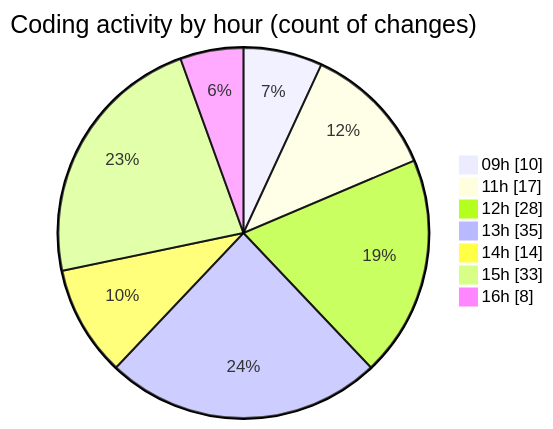
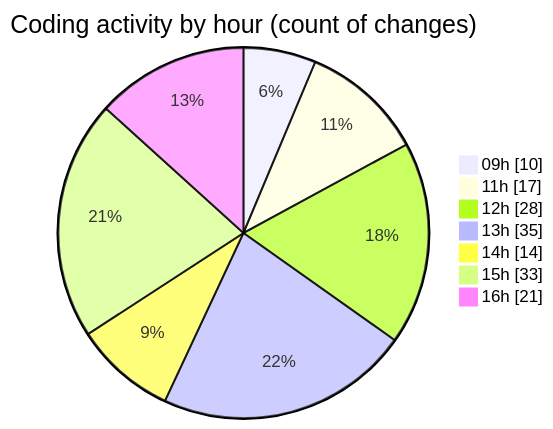
Before and after one commit to momahboobian/code-tracking: the second of 2 diagrams in 2026-05-07/cda/README.md, drawn with Mermaid. The commit also changed other lines of this file and 1 other file, not shown here.

````diff
--- a/2026-05-07/cda/README.md
+++ b/2026-05-07/cda/README.md
@@ -58,11 +58,11 @@
 ```mermaid
 pie showData
 title Coding activity by hour (count of changes)
 "09h" : 10
 "11h" : 17
 "12h" : 28
 "13h" : 35
 "14h" : 14
 "15h" : 33
-"16h" : 8
+"16h" : 21
 ```
````
